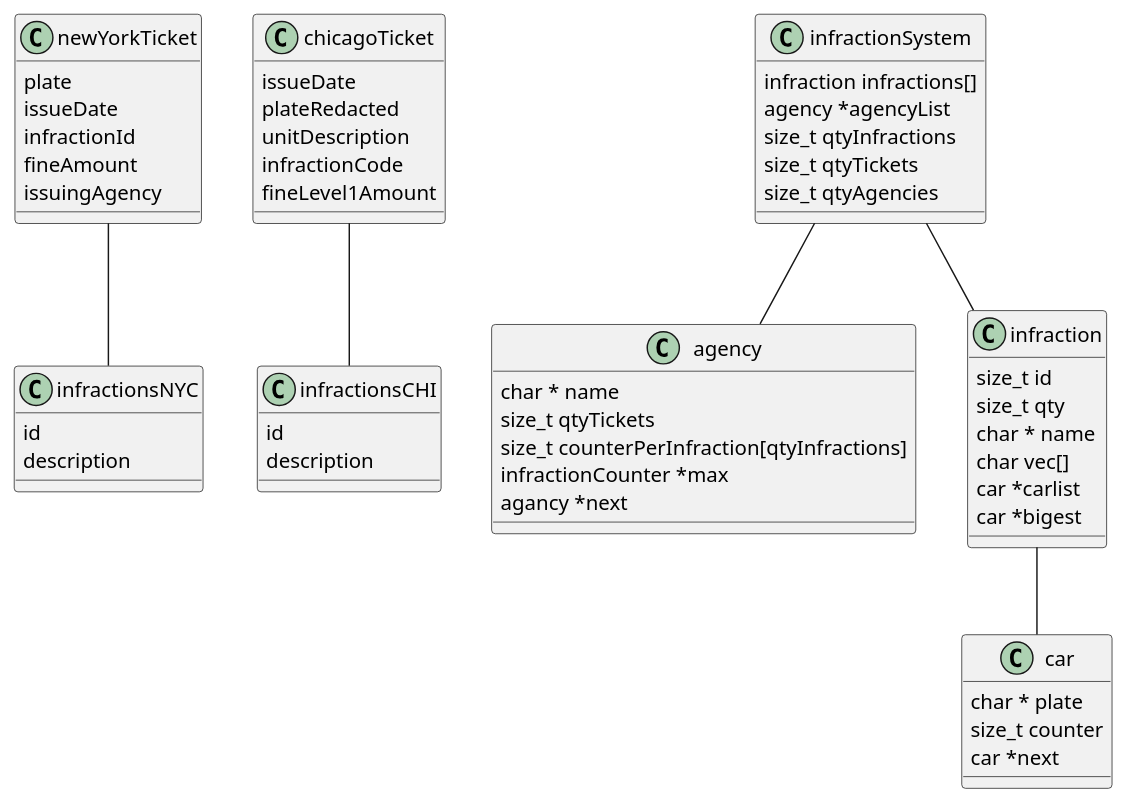
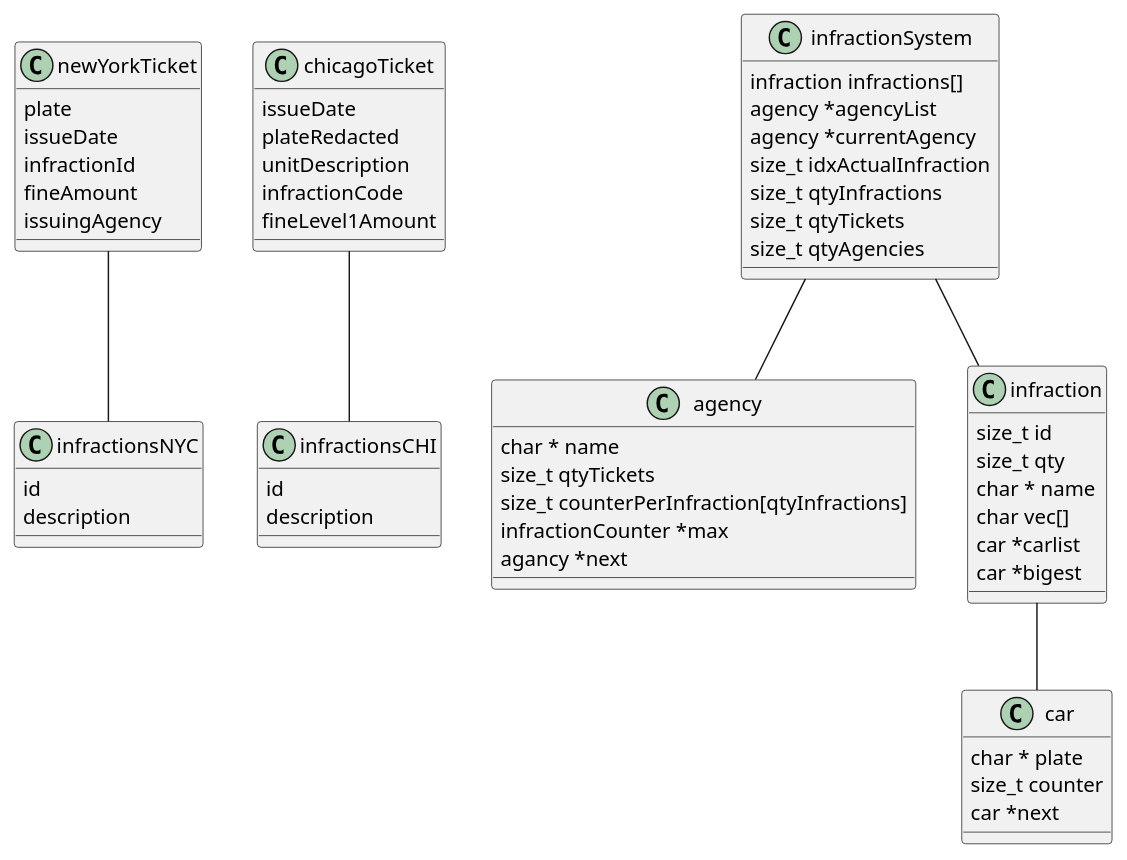
One commit to AugustoOspal/Proyecto_Final_PI changed the diagram in structure_objects.puml. Above: the diagram before and after it, drawn with PlantUML. The commit also changed 6 other files, not shown here.

```diff
--- a/structure_objects.puml
+++ b/structure_objects.puml
@@ -1,77 +1,79 @@
 @startuml
 
 class newYorkTicket
 {
     plate
     issueDate
     infractionId
     fineAmount
     issuingAgency
 }
 
 class infractionsNYC
 {
     id
     description
 }
 
 class chicagoTicket
 {
     issueDate
     plateRedacted
     unitDescription
     infractionCode
     fineLevel1Amount
 }
 
 class infractionsCHI
 {
     id
     description
 }
 
 newYorkTicket -- infractionsNYC
 chicagoTicket -- infractionsCHI
 
 ' Ideas
 class car
 {
     char * plate
     size_t counter
     car *next
 }
 
 class agency
 {
     char * name
     'vector of positions for tickets in city
     size_t qtyTickets
     size_t counterPerInfraction[qtyInfractions]
     infractionCounter *max
     agancy *next
 }
 
 class infraction
 {
     size_t id
     size_t qty
     char * name
     char vec[]
     car *carlist
     car *bigest
 }
 
 class infractionSystem
 {
     infraction infractions[]
     agency *agencyList
+    agency *currentAgency
+    size_t idxActualInfraction
     size_t qtyInfractions
     size_t qtyTickets
     size_t qtyAgencies
 }
 
 infractionSystem -- agency
 infractionSystem -- infraction
 infraction -- car
 
 @enduml
```
